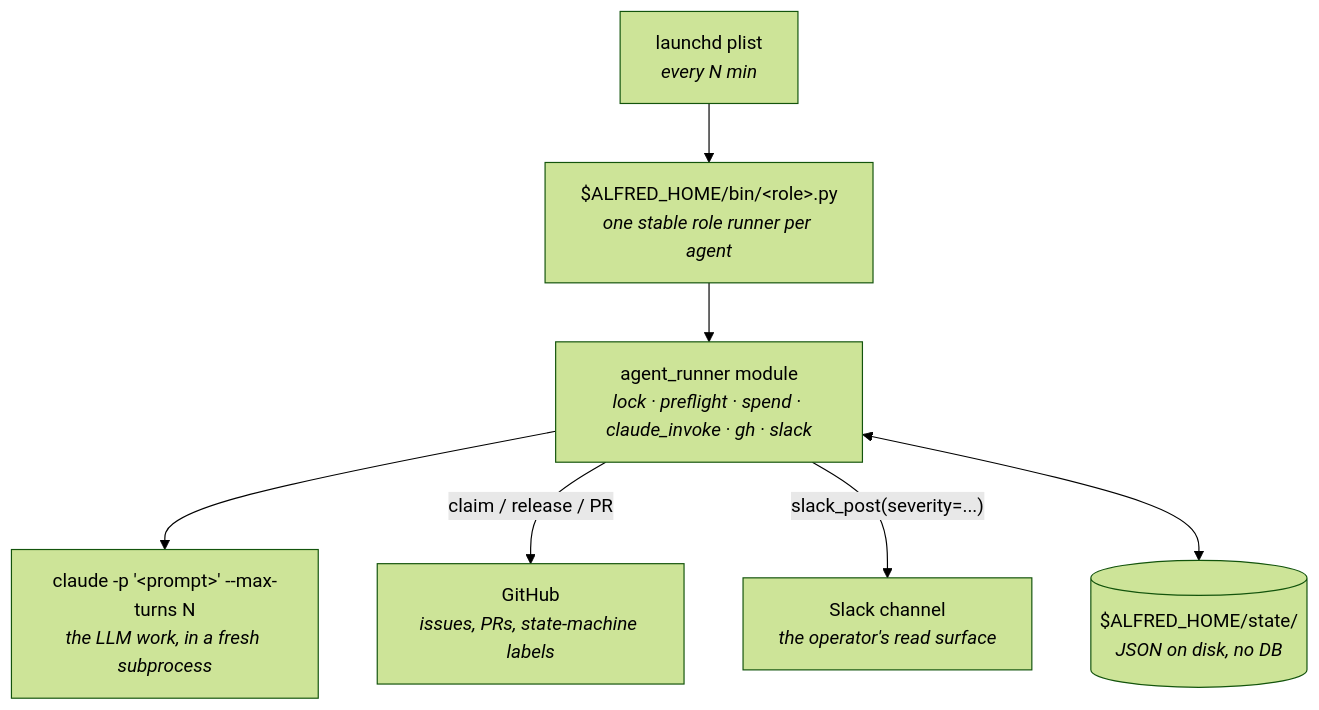
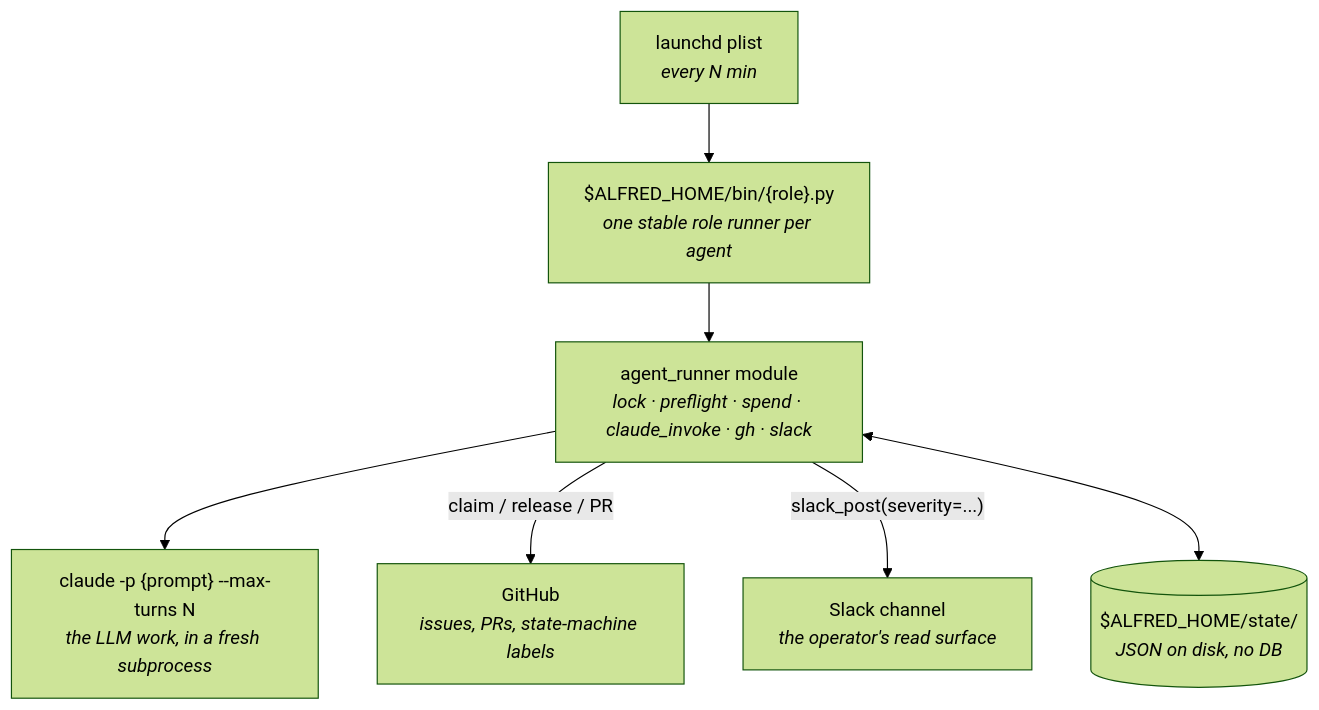
Before and after one commit to luminik-io/alfred-os: the diagram in site/src/content/docs/index.mdx, drawn with Mermaid (forest theme). The commit also changed 7 other files, not shown here.

First line of the commit message:
fix(site): repair broken mermaid diagrams + pin copyright bar

````diff
--- a/site/src/content/docs/index.mdx
+++ b/site/src/content/docs/index.mdx
@@ -37,15 +37,15 @@
 ```mermaid
 flowchart TB
     launchd["launchd plist<br/><i>every N min</i>"]
-    role["$ALFRED_HOME/bin/&lt;role&gt;.py<br/><i>one stable role runner per agent</i>"]
+    role["$ALFRED_HOME/bin/{role}.py<br/><i>one stable role runner per agent</i>"]
     runner["agent_runner module<br/><i>lock · preflight · spend · claude_invoke · gh · slack</i>"]
-    engine["claude -p '&lt;prompt&gt;' --max-turns N<br/><i>the LLM work, in a fresh subprocess</i>"]
+    engine["claude -p {prompt} --max-turns N<br/><i>the LLM work, in a fresh subprocess</i>"]
     gh["GitHub<br/><i>issues, PRs, state-machine labels</i>"]
     slack["Slack channel<br/><i>the operator's read surface</i>"]
     state[("$ALFRED_HOME/state/<br/><i>JSON on disk, no DB</i>")]
 
     launchd --> role --> runner --> engine
     runner -- "claim / release / PR" --> gh
     runner -- "slack_post(severity=...)" --> slack
     runner <--> state
 ```
````
